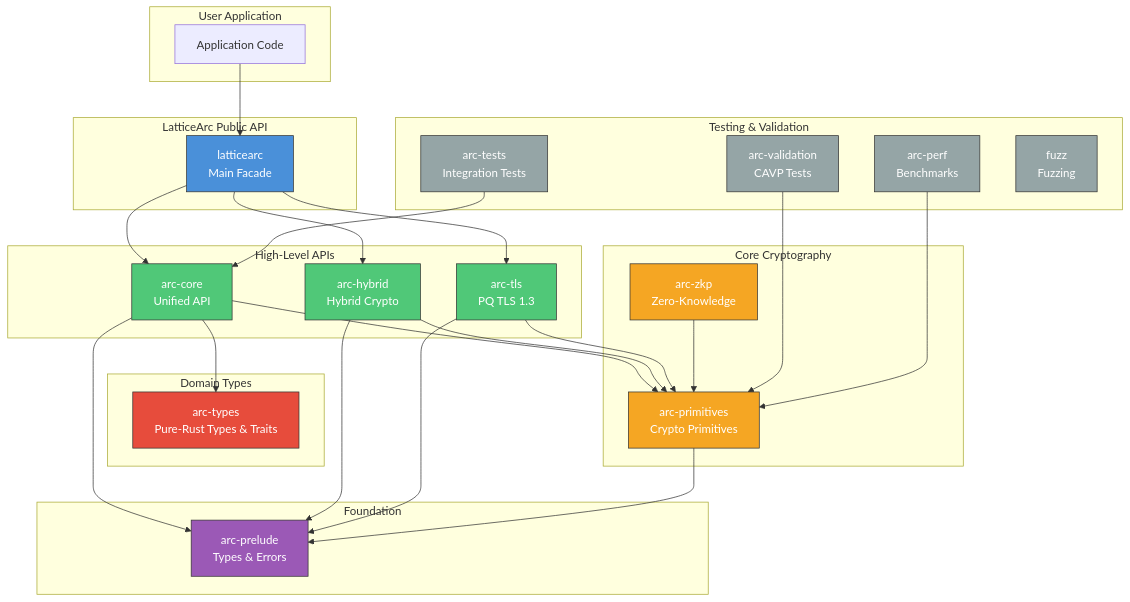
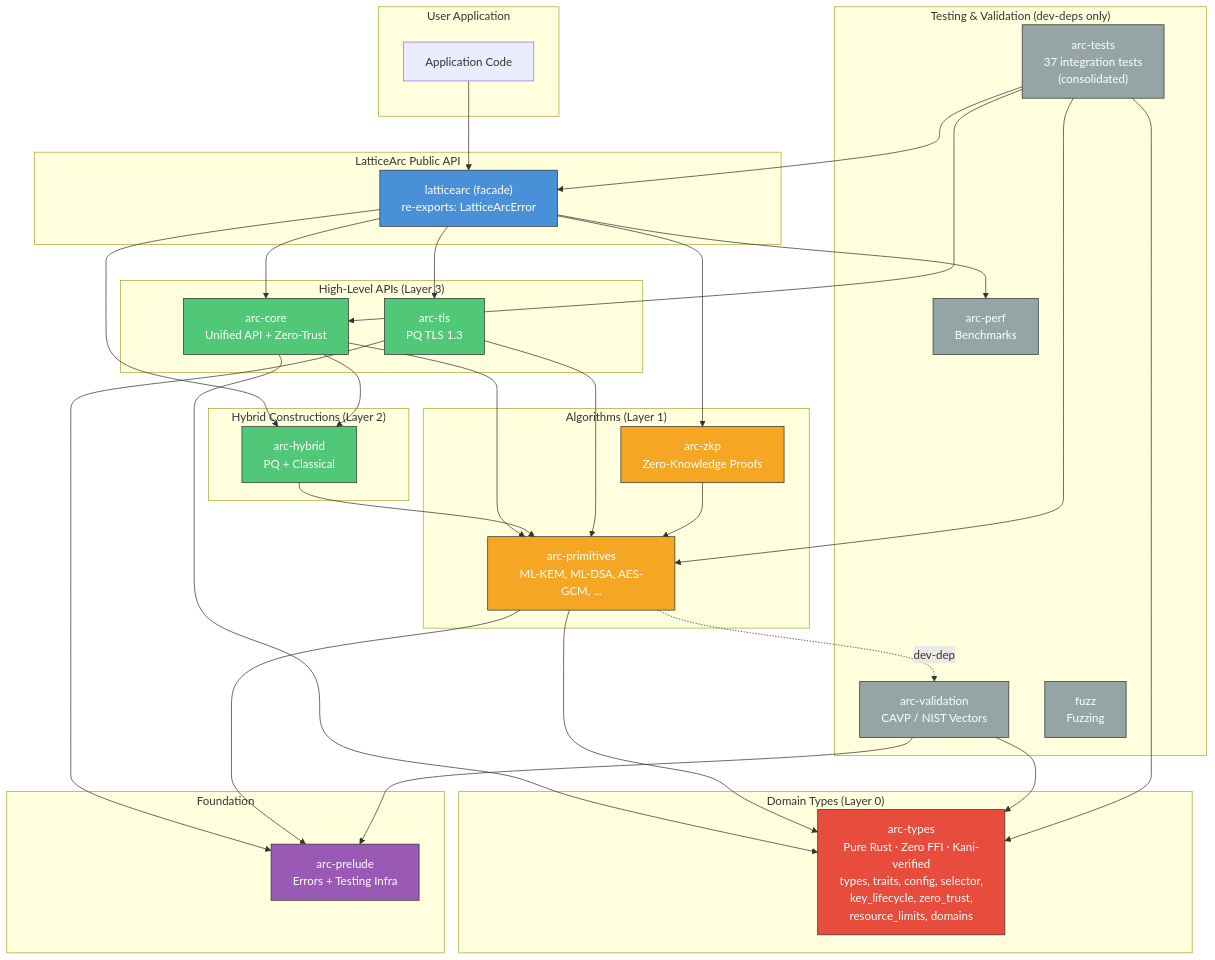
The first of 11 diagrams in docs/DESIGN.md (LatticeArc/latticearc), drawn with Mermaid before and after one commit. The commit also changed other lines of this file and 13 other files, not shown here.

First line of the commit message:
docs(arch): Update docs, CI, and Kani proofs for arc-types restructuring

````diff
--- a/docs/DESIGN.md
+++ b/docs/DESIGN.md
@@ -37,67 +37,77 @@
 ```mermaid
 graph TB
     subgraph "User Application"
         APP[Application Code]
     end
 
     subgraph "LatticeArc Public API"
-        MAIN[latticearc<br/>Main Facade]
+        MAIN["latticearc (facade)<br/>re-exports: LatticeArcError"]
     end
 
-    subgraph "High-Level APIs"
-        CORE[arc-core<br/>Unified API]
-        HYBRID[arc-hybrid<br/>Hybrid Crypto]
+    subgraph "High-Level APIs (Layer 3)"
+        CORE[arc-core<br/>Unified API + Zero-Trust]
         TLS[arc-tls<br/>PQ TLS 1.3]
     end
 
-    subgraph "Domain Types"
-        TYPES[arc-types<br/>Pure-Rust Types & Traits]
+    subgraph "Hybrid Constructions (Layer 2)"
+        HYBRID[arc-hybrid<br/>PQ + Classical]
     end
 
-    subgraph "Core Cryptography"
-        PRIM[arc-primitives<br/>Crypto Primitives]
-        ZKP[arc-zkp<br/>Zero-Knowledge]
+    subgraph "Algorithms (Layer 1)"
+        PRIM[arc-primitives<br/>ML-KEM, ML-DSA, AES-GCM, ...]
+        ZKP[arc-zkp<br/>Zero-Knowledge Proofs]
+    end
+
+    subgraph "Domain Types (Layer 0)"
+        TYPES["arc-types<br/>Pure Rust · Zero FFI · Kani-verified<br/>types, traits, config, selector,<br/>key_lifecycle, zero_trust,<br/>resource_limits, domains"]
     end
 
     subgraph "Foundation"
-        PRELUDE[arc-prelude<br/>Types & Errors]
+        PRELUDE[arc-prelude<br/>Errors + Testing Infra]
     end
 
-    subgraph "Testing & Validation"
-        VAL[arc-validation<br/>CAVP Tests]
+    subgraph "Testing & Validation (dev-deps only)"
+        VAL[arc-validation<br/>CAVP / NIST Vectors]
+        TESTS["arc-tests<br/>37 integration tests<br/>(consolidated)"]
         PERF[arc-perf<br/>Benchmarks]
-        TESTS[arc-tests<br/>Integration Tests]
         FUZZ[fuzz<br/>Fuzzing]
     end
 
     APP --> MAIN
     MAIN --> CORE
     MAIN --> HYBRID
     MAIN --> TLS
+    MAIN --> ZKP
+    MAIN --> PERF
     CORE --> TYPES
     CORE --> PRIM
-    CORE --> PRELUDE
+    CORE --> HYBRID
     HYBRID --> PRIM
-    HYBRID --> PRELUDE
     TLS --> PRIM
     TLS --> PRELUDE
     ZKP --> PRIM
+    PRIM --> TYPES
     PRIM --> PRELUDE
-    VAL --> PRIM
-    PERF --> PRIM
+    PRIM -.->|dev-dep| VAL
+    VAL --> PRELUDE
+    VAL --> TYPES
+    TESTS --> MAIN
     TESTS --> CORE
+    TESTS --> PRIM
+    TESTS --> TYPES
 
     classDef facade fill:#4a90d9,stroke:#333,color:#fff
     classDef highlevel fill:#50c878,stroke:#333,color:#fff
     classDef core fill:#f5a623,stroke:#333,color:#fff
     classDef types fill:#e74c3c,stroke:#333,color:#fff
     classDef foundation fill:#9b59b6,stroke:#333,color:#fff
     classDef testing fill:#95a5a6,stroke:#333,color:#fff
 
     class MAIN facade
-    class CORE,HYBRID,TLS highlevel
+    class CORE,TLS highlevel
+    class HYBRID highlevel
     class TYPES types
     class PRIM,ZKP core
     class PRELUDE foundation
     class VAL,PERF,TESTS,FUZZ testing
 ```
````
